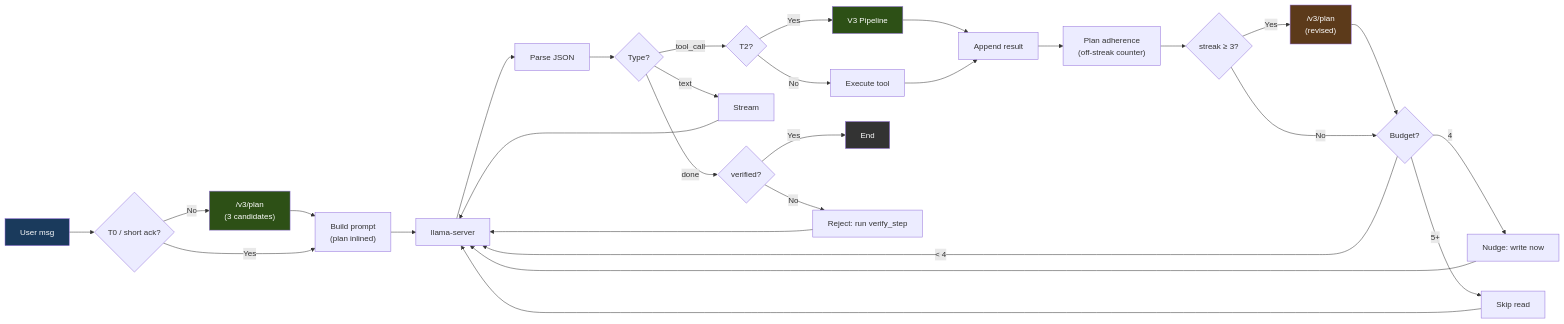
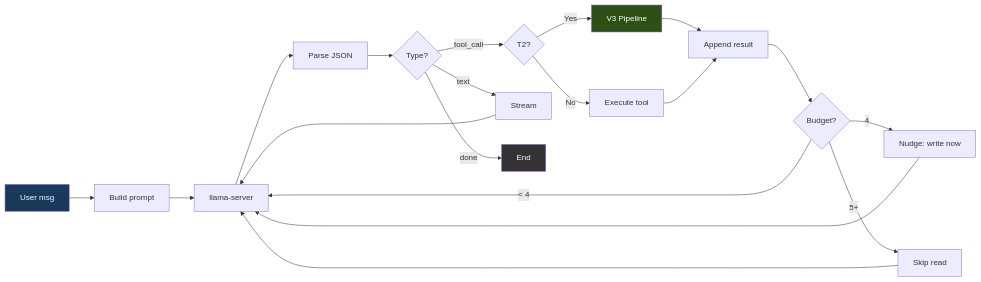
The third of 13 diagrams in docs/ARCHITECTURE.md (Messyhairkris/ATLAS), drawn with Mermaid before and after one commit. The commit also changed other lines of this file and 5 other files, not shown here.

First line of the commit message:
docs: sync API / ARCHITECTURE / CLI / CONFIGURATION / MAP / TROUBLESHOOTING

````diff
--- a/docs/ARCHITECTURE.md
+++ b/docs/ARCHITECTURE.md
@@ -85,30 +85,20 @@
 ```mermaid
 flowchart LR
-    Start["User msg"] --> PlanGate{"T0 / short ack?"}
-    PlanGate -->|"No"| Plan["/v3/plan\n(3 candidates)"] --> Build["Build prompt\n(plan inlined)"]
-    PlanGate -->|"Yes"| Build
-    Build --> Call["llama-server"] --> Parse["Parse JSON"]
+    Start["User msg"] --> Build["Build prompt"] --> Call["llama-server"] --> Parse["Parse JSON"]
     Parse --> Route{Type?}
 
     Route -->|"tool_call"| Tier{"T2?"}
     Tier -->|"Yes"| V3["V3 Pipeline"] --> Result["Append result"]
     Tier -->|"No"| Exec["Execute tool"] --> Result
-    Result --> Adhere["Plan adherence\n(off-streak counter)"]
-    Adhere --> Revise{"streak ≥ 3?"}
-    Revise -->|"Yes"| RePlan["/v3/plan\n(revised)"] --> Budget
-    Revise -->|"No"| Budget{"Budget?"}
+    Result --> Budget{"Budget?"}
     Budget -->|"< 4"| Call
     Budget -->|"4"| Warn["Nudge: write now"] --> Call
     Budget -->|"5+"| Skip["Skip read"] --> Call
 
     Route -->|"text"| Stream["Stream"] --> Call
-    Route -->|"done"| VerifyGate{"verified?"}
-    VerifyGate -->|"Yes"| Done["End"]
-    VerifyGate -->|"No"| Reject["Reject: run verify_step"] --> Call
+    Route -->|"done"| Done["End"]
 
     style Start fill:#1a3a5c,color:#fff
     style Done fill:#333,color:#fff
     style V3 fill:#2d5016,color:#fff
-    style Plan fill:#2d5016,color:#fff
-    style RePlan fill:#5c3a1a,color:#fff
 ```
````
